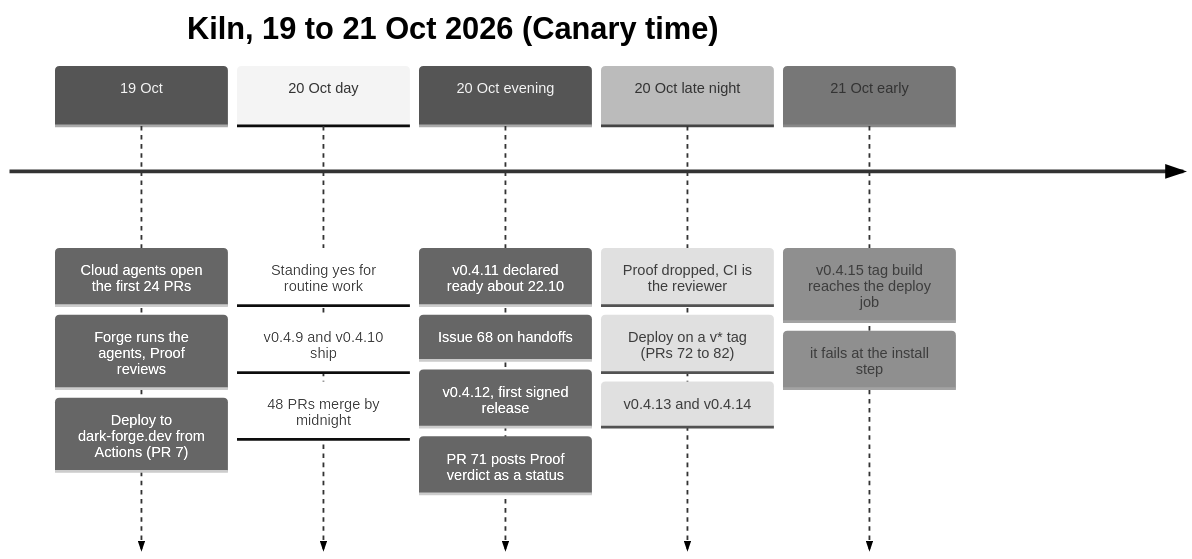
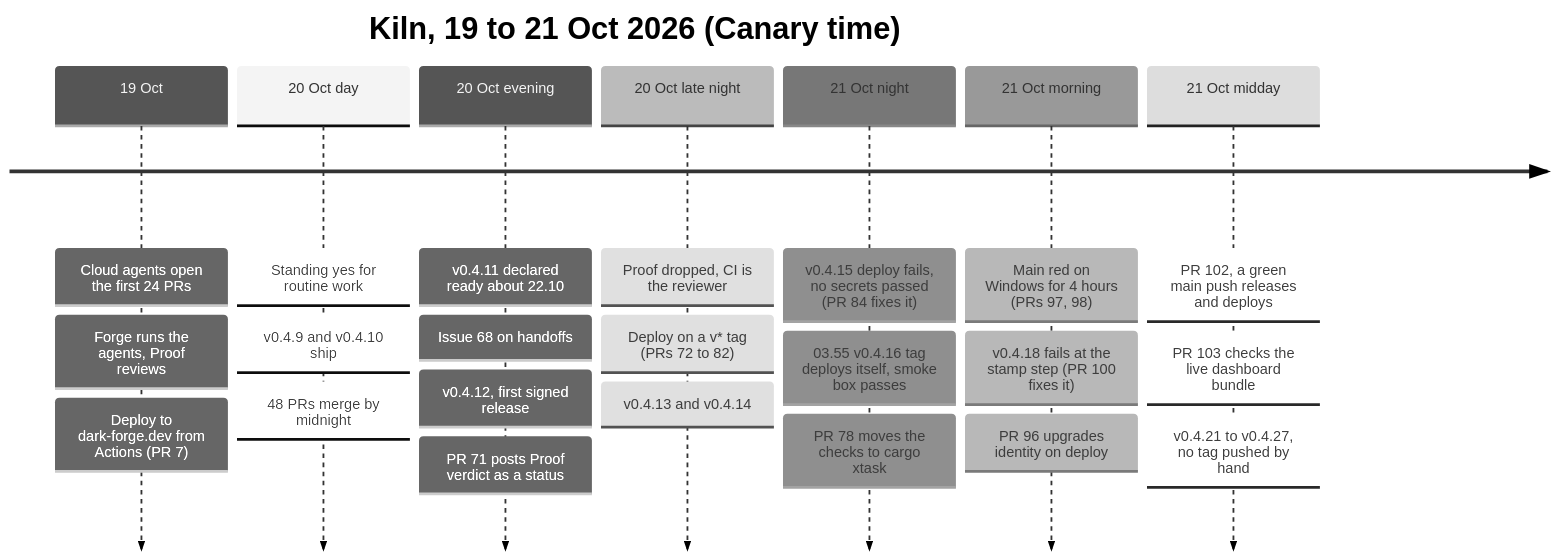
Before and after one commit to Jabbslad/jamie.codes: the third of 3 diagrams in content/posts/grok-bot-agents-prs.md, drawn with Mermaid (neutral theme). The commit also changed other lines of this file and 4 other files, not shown here.

Commit message:
Update the kiln post with 21 October: hands-off deploys, 100 merged PRs (#3)

````diff
--- a/content/posts/grok-bot-agents-prs.md
+++ b/content/posts/grok-bot-agents-prs.md
@@ -183,9 +184,11 @@
 ```mermaid
 timeline
   title Kiln, 19 to 21 Oct 2026 (Canary time)
   19 Oct : Cloud agents open the first 24 PRs : Forge runs the agents, Proof reviews : Deploy to dark-forge.dev from Actions (PR 7)
   20 Oct day : Standing yes for routine work : v0.4.9 and v0.4.10 ship : 48 PRs merge by midnight
   20 Oct evening : v0.4.11 declared ready about 22.10 : Issue 68 on handoffs : v0.4.12, first signed release : PR 71 posts Proof verdict as a status
   20 Oct late night : Proof dropped, CI is the reviewer : Deploy on a v* tag (PRs 72 to 82) : v0.4.13 and v0.4.14
-  21 Oct early : v0.4.15 tag build reaches the deploy job : it fails at the install step
+  21 Oct night : v0.4.15 deploy fails, no secrets passed (PR 84 fixes it) : 03.55 v0.4.16 tag deploys itself, smoke box passes : PR 78 moves the checks to cargo xtask
+  21 Oct morning : Main red on Windows for 4 hours (PRs 97, 98) : v0.4.18 fails at the stamp step (PR 100 fixes it) : PR 96 upgrades identity on deploy
+  21 Oct midday : PR 102, a green main push releases and deploys : PR 103 checks the live dashboard bundle : v0.4.21 to v0.4.27, no tag pushed by hand
 ```
````
